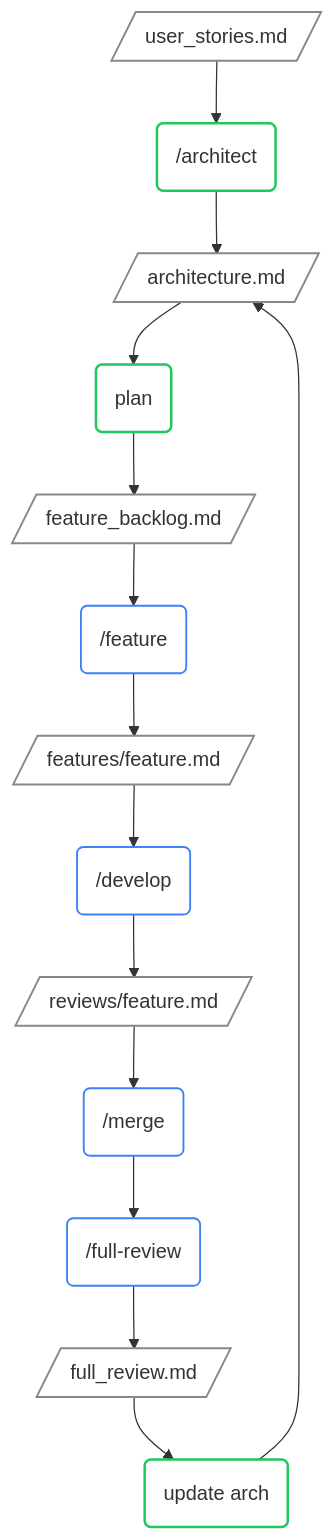
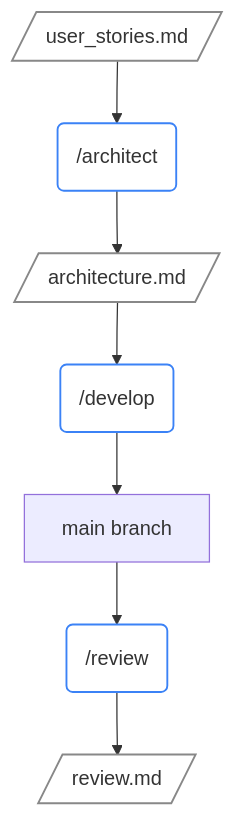
The second of 2 diagrams in README.md (sjev/robodev), drawn with Mermaid before and after one commit. The commit also changed other lines of this file and 19 other files, not shown here.

````diff
--- a/README.md
+++ b/README.md
@@ -31,37 +51,12 @@
 ```mermaid
 flowchart TD
+    US[/user_stories.md/] --> ARCH("/architect") --> ARCH_DOC[/architecture.md/]
+    ARCH_DOC --> DEV("/develop") --> MAIN[main branch]
+    MAIN --> REV("/review") --> REV_DOC[/review.md/]
 
-    %% ==== DOCUMENTS ====
-    US[/user_stories.md/]
-    ARCH_DOC[/architecture.md/]
-    BACKLOG[/feature_backlog.md/]
-    FEAT_DOC[/features/feature.md/]
-    FEAT_REV[/reviews/feature.md/]
-    FULL_REV[/full_review.md/]
-
-    %% ==== ACTIONS ====
-    ARCH("/architect")
-    PLAN("plan")
-    FEAT("/feature")
-    DEV("/develop")
-    MERGE("/merge")
-    FULL("/full-review")
-    UPDATE("update arch")
-
-    %% ==== FLOW ====
-    US --> ARCH --> ARCH_DOC
-    ARCH_DOC --> PLAN --> BACKLOG
-    BACKLOG --> FEAT --> FEAT_DOC
-    FEAT_DOC --> DEV --> FEAT_REV
-    FEAT_REV --> MERGE --> FULL
-    FULL --> FULL_REV --> UPDATE --> ARCH_DOC
-
-    %% ==== STYLING (theme-safe) ====
     classDef doc fill:transparent,stroke:#888,stroke-width:1.5px;
     classDef cmd fill:transparent,stroke:#3b82f6,stroke-width:1.5px;
-    classDef manual fill:transparent,stroke:#22c55e,stroke-width:2px;
 
-    class US,ARCH_DOC,BACKLOG,FEAT_DOC,FEAT_REV,FULL_REV doc;
-    class FEAT,DEV,MERGE,FULL cmd;
-    class ARCH,PLAN,UPDATE manual;
+    class US,ARCH_DOC,REV_DOC doc;
+    class ARCH,DEV,REV cmd;
 ```
````
